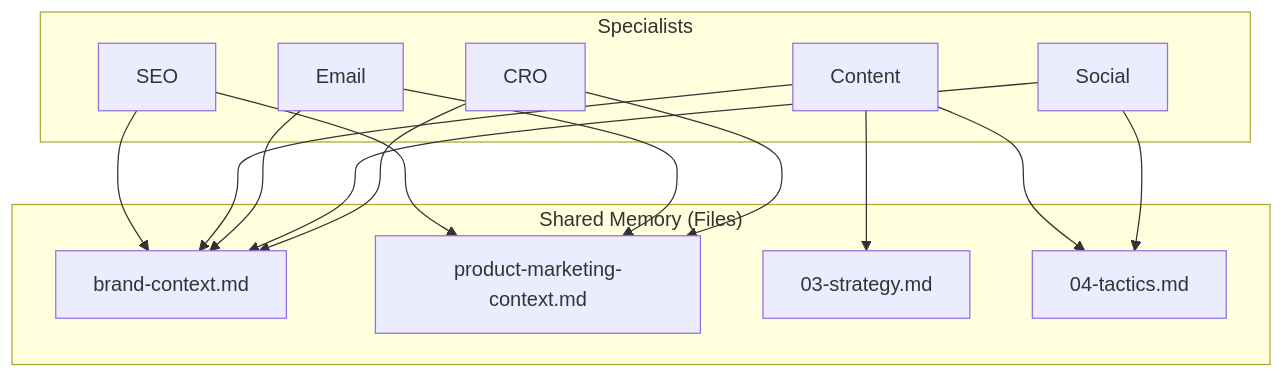
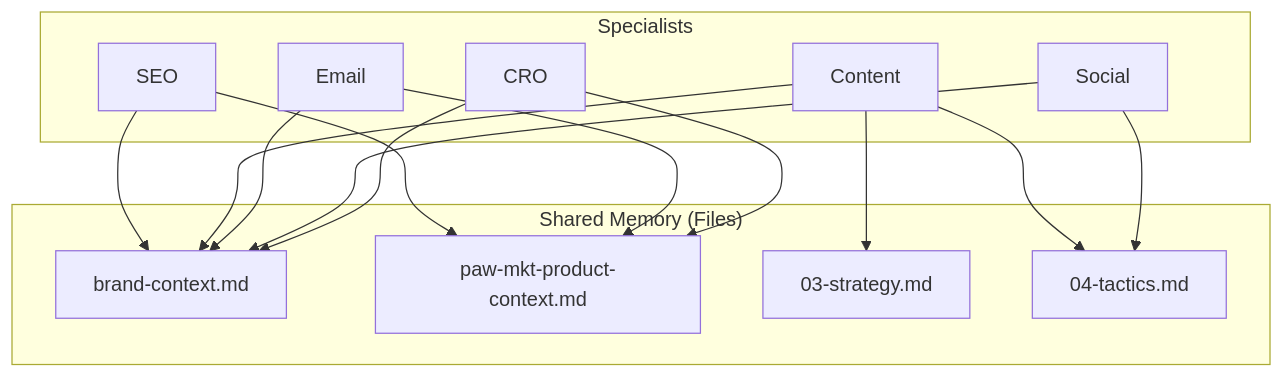
Before and after one commit to pawbytes/skill-suites: the fourth of 9 diagrams in docs/marketing/user-guide/part-4-workflow-architecture.md, drawn with Mermaid. The commit also changed other lines of this file and 30 other files, not shown here.

````diff
--- a/docs/marketing/user-guide/part-4-workflow-architecture.md
+++ b/docs/marketing/user-guide/part-4-workflow-architecture.md
@@ -289,29 +289,29 @@
 ```mermaid
 flowchart TD
     subgraph Specialists
         S1[SEO]
         S2[Content]
         S3[Email]
         S4[Social]
         S5[CRO]
     end
 
     subgraph Shared_Memory["Shared Memory (Files)"]
         BC[brand-context.md]
-        PMC[product-marketing-context.md]
+        PMC[paw-mkt-product-context.md]
         S3F[03-strategy.md]
         S4F[04-tactics.md]
     end
 
     S1 --> BC
     S1 --> PMC
     S2 --> BC
     S2 --> S3F
     S2 --> S4F
     S3 --> BC
     S3 --> PMC
     S4 --> BC
     S4 --> S4F
     S5 --> BC
     S5 --> PMC
 ```
````
